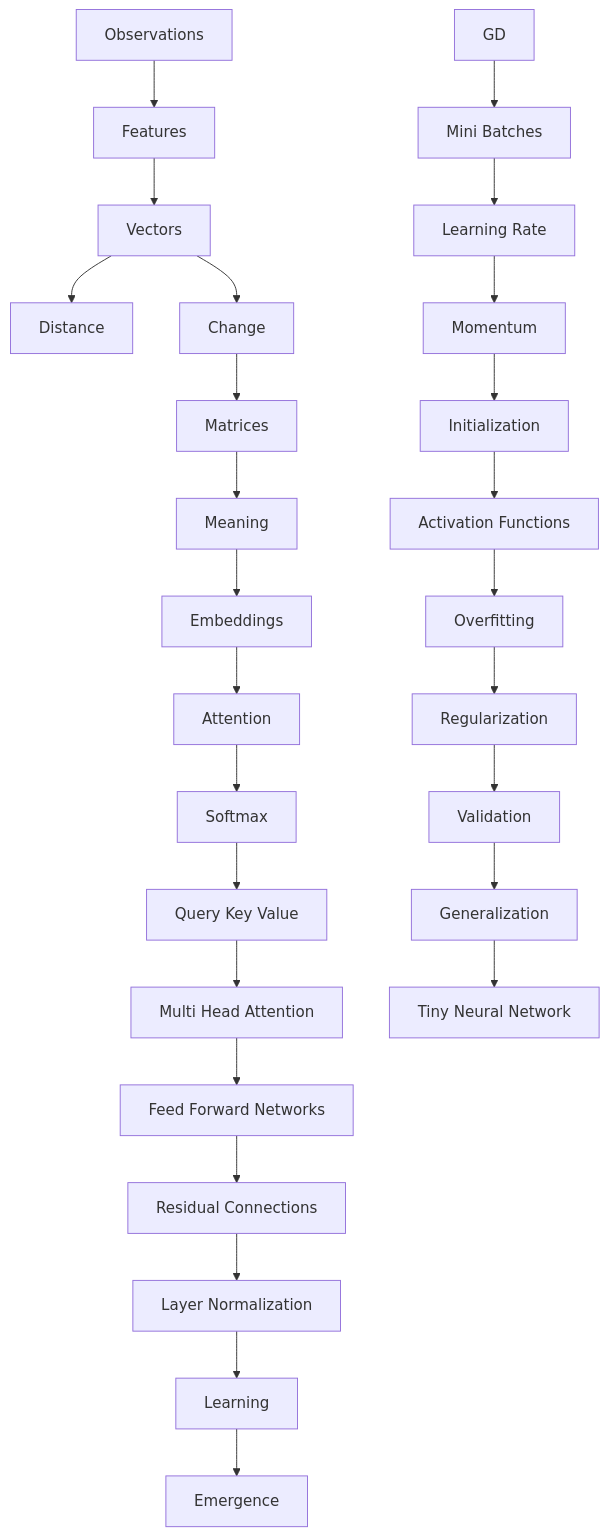
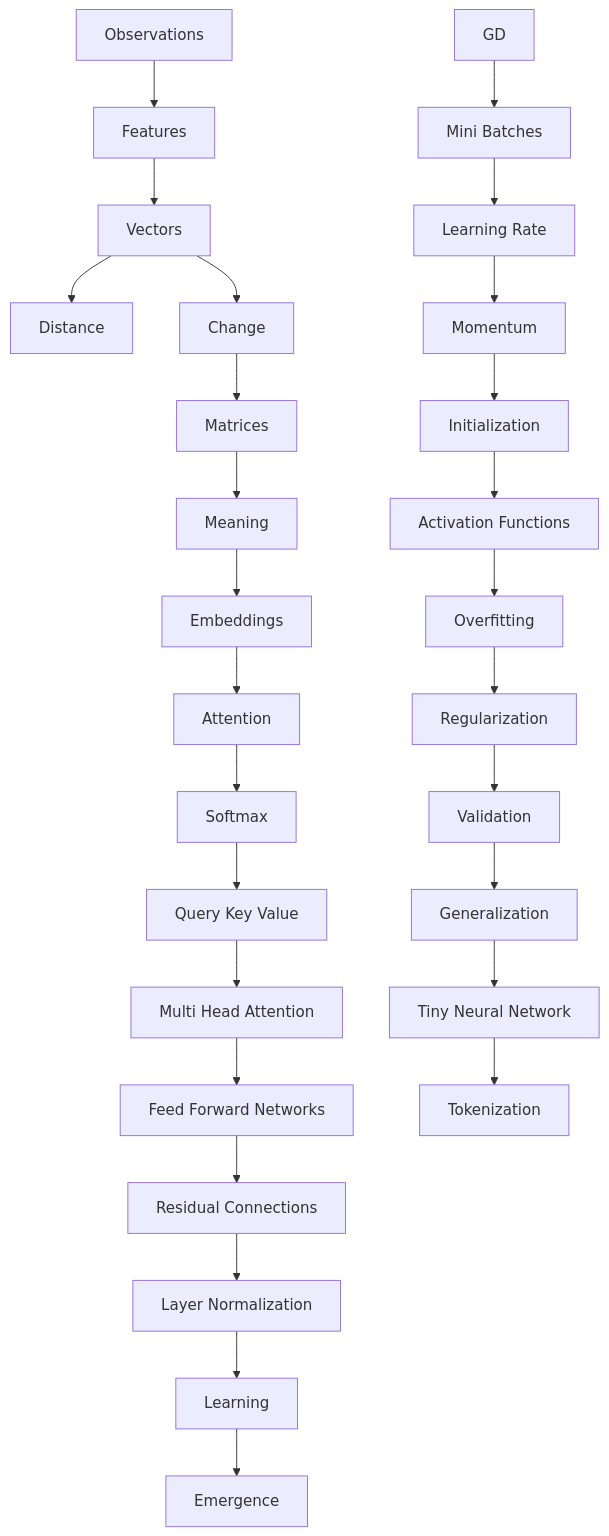
The diagram in DEPENDENCY_GRAPH.md (kleem-labs/AI-Archaeology), drawn with Mermaid before and after one commit. The commit also changed 16 other files, not shown here.

```diff
--- a/DEPENDENCY_GRAPH.md
+++ b/DEPENDENCY_GRAPH.md
@@ -3,13 +3,13 @@
 ~~~mermaid
 flowchart TD
  O[Observations] --> F[Features] --> V[Vectors] --> D[Distance]
  V --> C[Change] --> M[Matrices] --> ME[Meaning] --> E[Embeddings]
  E --> A[Attention] --> S[Softmax] --> Q[Query Key Value]
  Q --> H[Multi Head Attention] --> N[Feed Forward Networks]
  N --> R[Residual Connections] --> L[Layer Normalization]
  L --> T[Learning] --> EM[Emergence]
  GD --> MB[Mini Batches] --> LR[Learning Rate] --> MO[Momentum]
  MO --> IN[Initialization] --> AF[Activation Functions] --> OV[Overfitting]
  OV --> RE[Regularization] --> VA[Validation] --> GE[Generalization]
- GE --> TN[Tiny Neural Network]
+ GE --> TN[Tiny Neural Network] --> TO[Tokenization]
 ~~~
```
